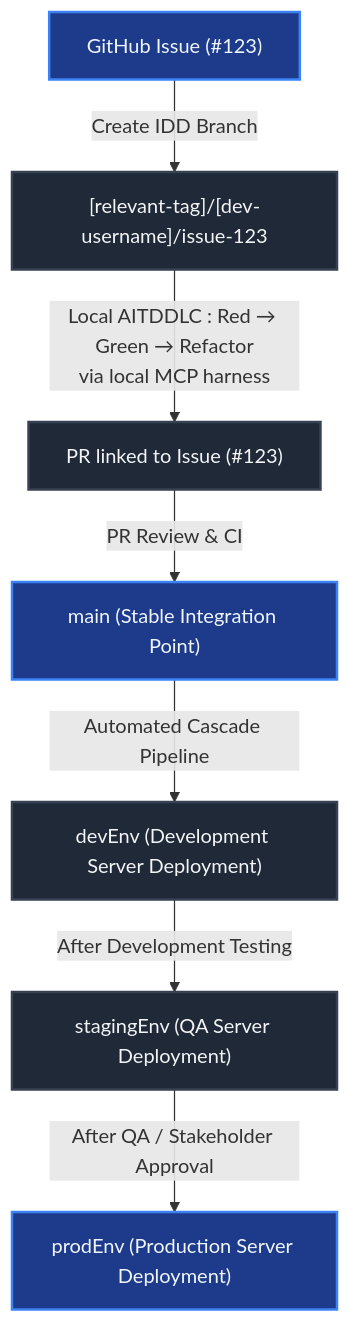
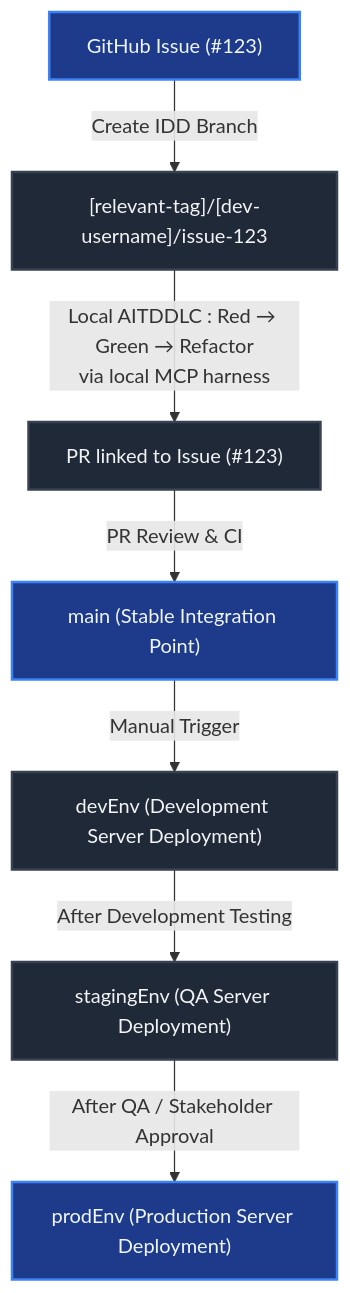
The diagram in documentation/00_ci-cd/STRATEGY.md (corebit-bd/pend-boilerplate), drawn with Mermaid before and after one commit. The commit also changed other lines of this file and 6 other files, not shown here.

Commit message:
cicd : Removed Automated Branch Cascade Workflow & Updated Documentation accordingly

````diff
--- a/documentation/00_ci-cd/STRATEGY.md
+++ b/documentation/00_ci-cd/STRATEGY.md
@@ -11,25 +11,25 @@
 ```mermaid
 graph TD
     %% Nodes
     A["GitHub Issue (#123)"]
     B["[relevant-tag]/[dev-username]/issue-123"]
     C["PR linked to Issue (#123)"]
     D["main (Stable Integration Point)"]
     E["devEnv (Development Server Deployment)"]
     F["stagingEnv (QA Server Deployment)"]
     G["prodEnv (Production Server Deployment)"]
 
     %% Flow
     A -->|"Create IDD Branch"| B
     B -->|"Local AITDDLC : Red → Green → Refactor<br/>via local MCP harness"| C
     C -->|"PR Review & CI"| D
-    D -->|"Automated Cascade Pipeline"| E
+    D -->|"Manual Trigger"| E
     E -->|"After Development Testing"| F
     F -->|"After QA / Stakeholder Approval"| G
 
     %% Styling
     classDef default fill:#1f2937,stroke:#374151,stroke-width:2px,color:#f3f4f6;
     classDef highlight fill:#1e3a8a,stroke:#3b82f6,stroke-width:2px,color:#eff6ff;
     
     class A,D,G highlight;
 ```
````
